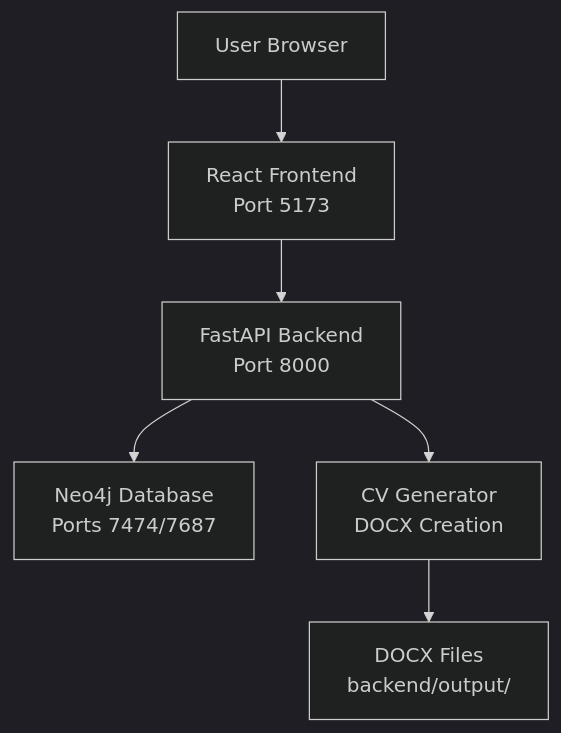
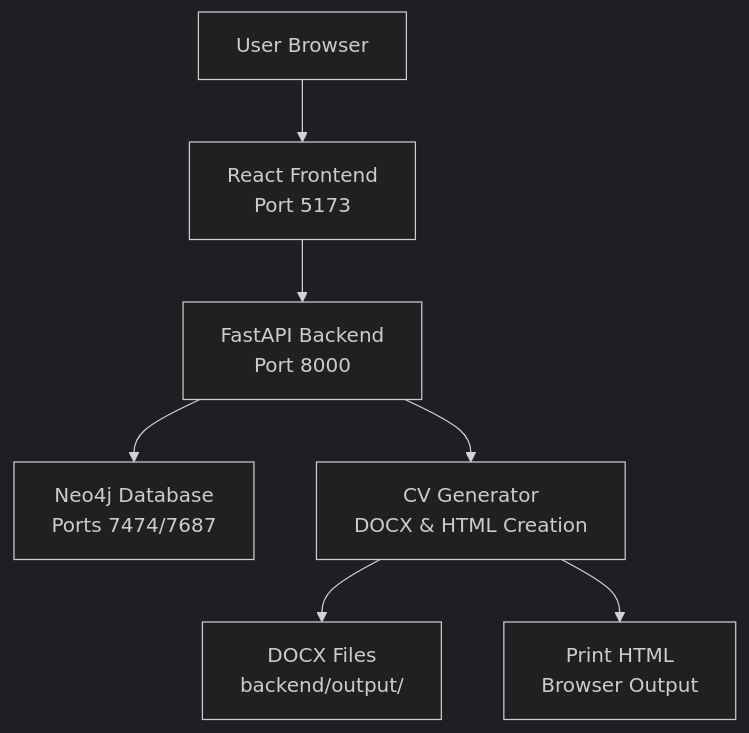
Before and after one commit to cocodedk/cv-generator: the diagram in docs/architecture/system-overview.md, drawn with Mermaid (dark theme). The commit also changed other lines of this file and 44 other files, not shown here.

````diff
--- a/docs/architecture/system-overview.md
+++ b/docs/architecture/system-overview.md
@@ -7,8 +7,9 @@
 ```mermaid
 graph TB
     User[User Browser] --> Frontend[React Frontend<br/>Port 5173]
     Frontend --> API[FastAPI Backend<br/>Port 8000]
     API --> Neo4j[Neo4j Database<br/>Ports 7474/7687]
-    API --> Generator[CV Generator<br/>DOCX Creation]
+    API --> Generator[CV Generator<br/>DOCX & HTML Creation]
     Generator --> Files[DOCX Files<br/>backend/output/]
+    Generator --> HTML[Print HTML<br/>Browser Output]
 ```
````
